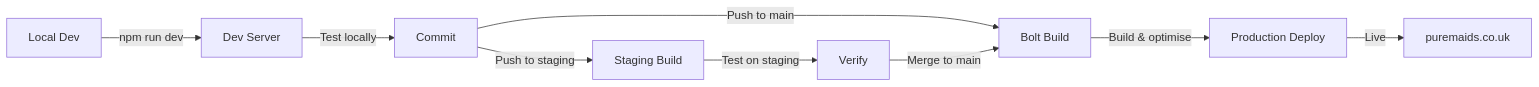
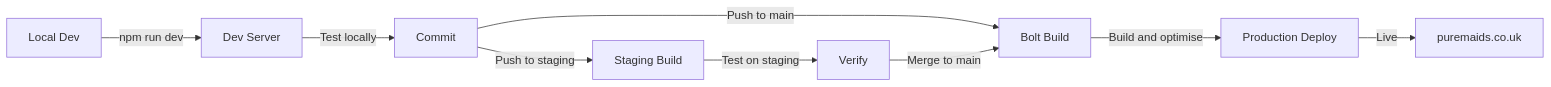
Diagram 17 of 17 in README.md (anyatechserv/puremaids), drawn with Mermaid before and after one commit. The commit also changed other lines of this file and 63 other files, not shown here.

````diff
--- a/README.md
+++ b/README.md
@@ -2482,12 +2218,11 @@
 ```mermaid
 graph LR
     A[Local Dev] -->|npm run dev| B[Dev Server]
     B -->|Test locally| C[Commit]
     C -->|Push to main| D[Bolt Build]
-    D -->|Build & optimise| E[Production Deploy]
+    D -->|Build and optimise| E[Production Deploy]
     E -->|Live| F[puremaids.co.uk]
-
     C -->|Push to staging| G[Staging Build]
     G -->|Test on staging| H[Verify]
     H -->|Merge to main| D
 ```
````
